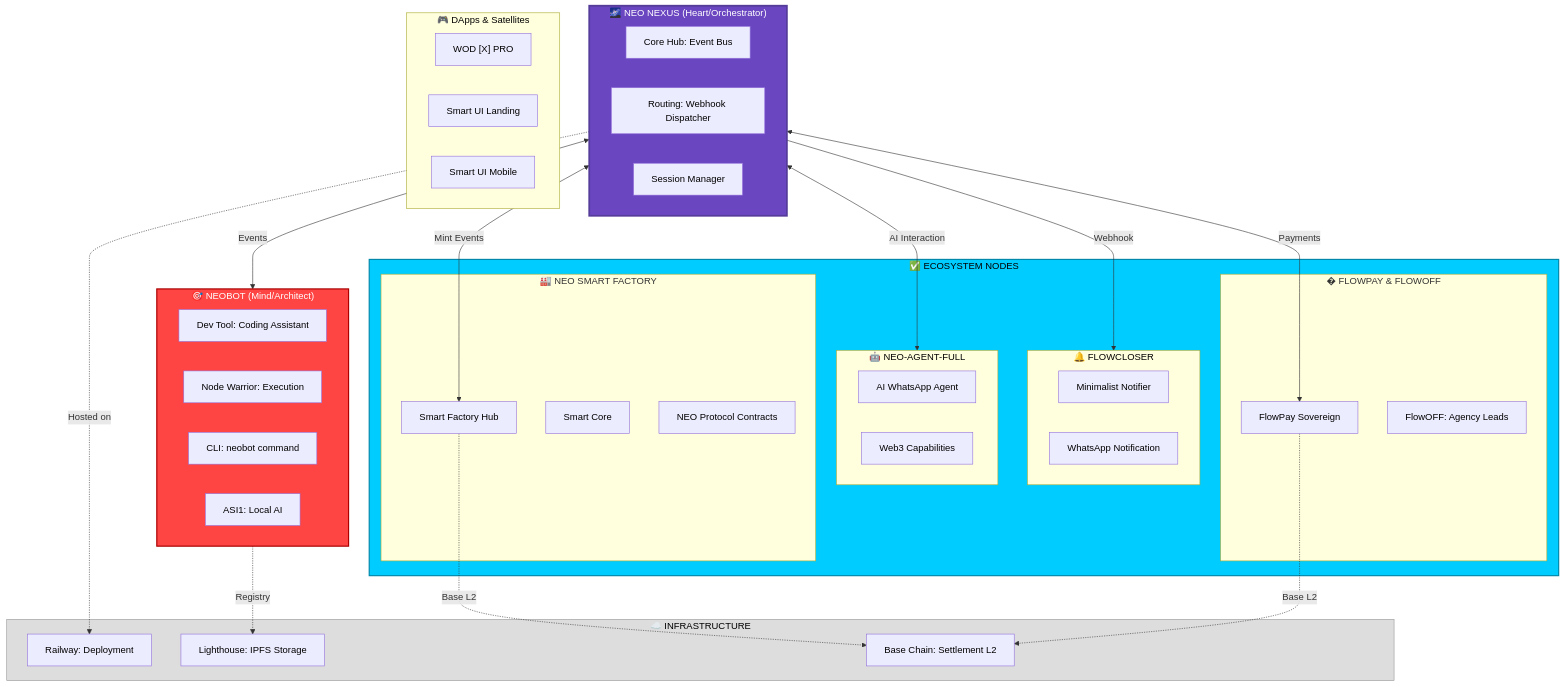
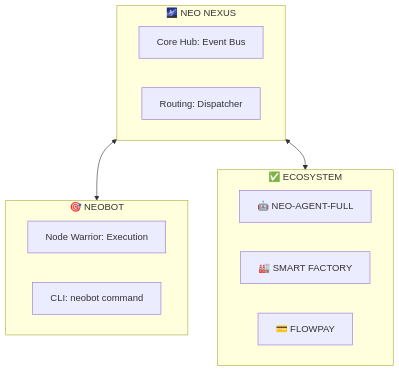
One commit to NEO-PROTOCOL/neobot changed the diagram in README.md. Above: the diagram before and after it, drawn with Mermaid. The commit also changed other lines of this file and 13 other files, not shown here.

Commit message:
feat: rebrand to NEO Protocol and clean up README

````diff
--- a/README.md
+++ b/README.md
@@ -133,74 +93,21 @@
 ```mermaid
 graph TB
-    subgraph NEXUS["🌌 NEO NEXUS (Heart/Orchestrator)"]
+    subgraph NEXUS["🌌 NEO NEXUS"]
         CORE[Core Hub: Event Bus]
-        ROUTING[Routing: Webhook Dispatcher]
-        SESSIONS[Session Manager]
+        ROUTING[Routing: Dispatcher]
     end
 
-    subgraph ARCHITECT["🎯 NEOBOT (Mind/Architect)"]
-        DEV[Dev Tool: Coding Assistant]
+    subgraph ARCHITECT["🎯 NEOBOT"]
         WARRIOR[Node Warrior: Execution]
         CLI[CLI: neobot command]
-        ASI1[ASI1: Local AI]
     end
 
-    subgraph ACTIVE_NODES["✅ ECOSYSTEM NODES"]
-        subgraph NOTIFIER["🔔 FLOWCLOSER"]
-            FC_SRV[Minimalist Notifier]
-            FC_WA[WhatsApp Notification]
-        end
-
-        subgraph FULL_AGENT["🤖 NEO-AGENT-FULL"]
-            AG_WA[AI WhatsApp Agent]
-            AG_WEB3[Web3 Capabilities]
-        end
-
-        subgraph FACTORY_STACK["🏭 NEO SMART FACTORY"]
-            FACTORY[Smart Factory Hub]
-            S_CORE[Smart Core]
-            NEO_CONTRACTS[NEO Protocol Contracts]
-        end
-        
-        subgraph DECENTRALIZED_FINANCE["� FLOWPAY & FLOWOFF"]
-            FLOWPAY[FlowPay Sovereign]
-            FLOWOFF[FlowOFF: Agency Leads]
-        end
+    subgraph ACTIVE_NODES["✅ ECOSYSTEM"]
+        FULL_AGENT["🤖 NEO-AGENT-FULL"]
+        FACTORY["🏭 SMART FACTORY"]
+        FINANCE["💳 FLOWPAY"]
     end
 
-    subgraph DAPPS["🎮 DApps & Satellites"]
-        WOD["WOD [X] PRO"]
-        SUI_LAND["Smart UI Landing"]
-        SUI_MOB["Smart UI Mobile"]
-    end
-
-    subgraph INFRA_SERVICES["☁️ INFRASTRUCTURE"]
-        RAILWAY[Railway: Deployment]
-        LIGHTHOUSE[Lighthouse: IPFS Storage]
-        BASE[Base Chain: Settlement L2]
-    end
-
-    %% Connections
-    NEXUS <-->|Events| ARCHITECT
-    NEXUS -->|Webhook| NOTIFIER
-    NEXUS <-->|AI Interaction| FULL_AGENT
-    NEXUS <-->|Mint Events| FACTORY
-    NEXUS <-->|Payments| FLOWPAY
-    
-    %% Hosting & Storage
-    NEXUS -.->|Hosted on| RAILWAY
-    ARCHITECT -.->|Registry| LIGHTHOUSE
-    FACTORY -.->|Base L2| BASE
-    FLOWPAY -.->|Base L2| BASE
-
-    %% Styling
-    classDef nexus fill:#6b46c1,stroke:#553c9a,stroke-width:3px,color:#fff
-    classDef architect fill:#ff4444,stroke:#aa0000,stroke-width:2px,color:#fff
-    classDef nodes fill:#00ccff,stroke:#0088aa,stroke-width:2px,color:#000
-    classDef infra fill:#dddddd,stroke:#999,stroke-width:1px,color:#000
-    
-    class NEXUS nexus
-    class ARCHITECT architect
-    class ACTIVE_NODES nodes
-    class INFRA_SERVICES infra
+    NEXUS <--> ARCHITECT
+    NEXUS <--> ACTIVE_NODES
 ```
````
